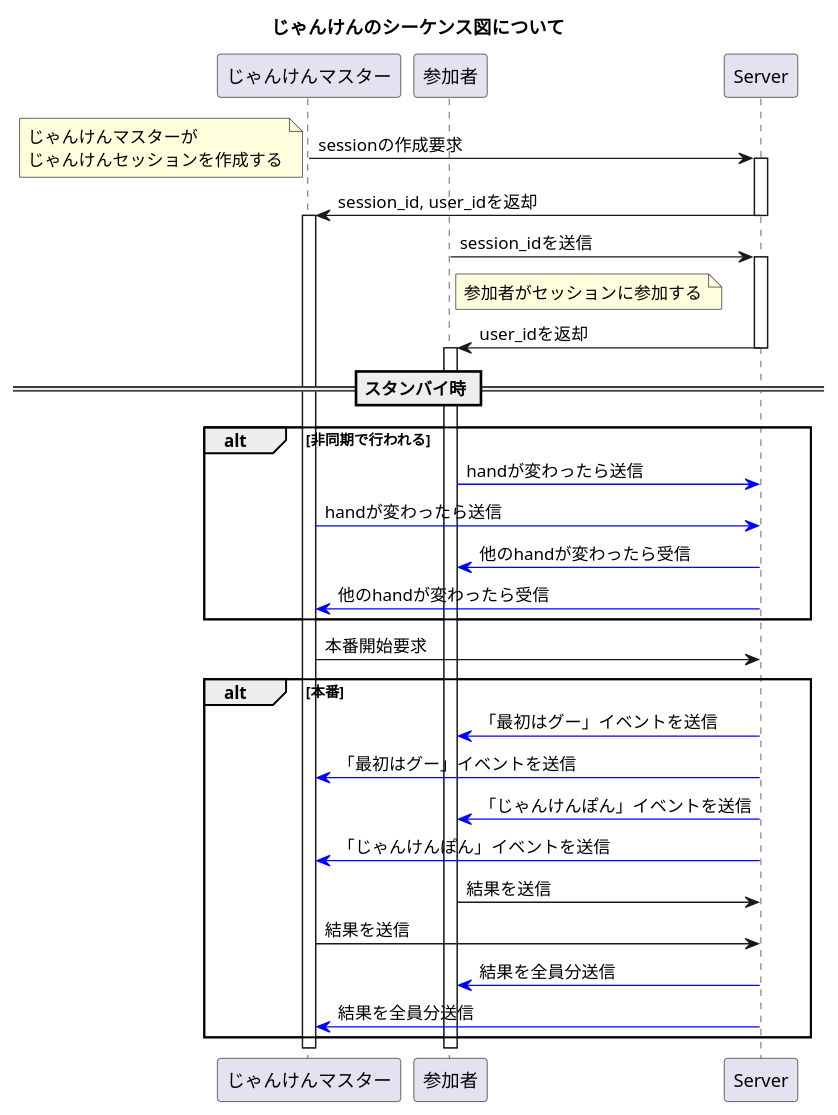
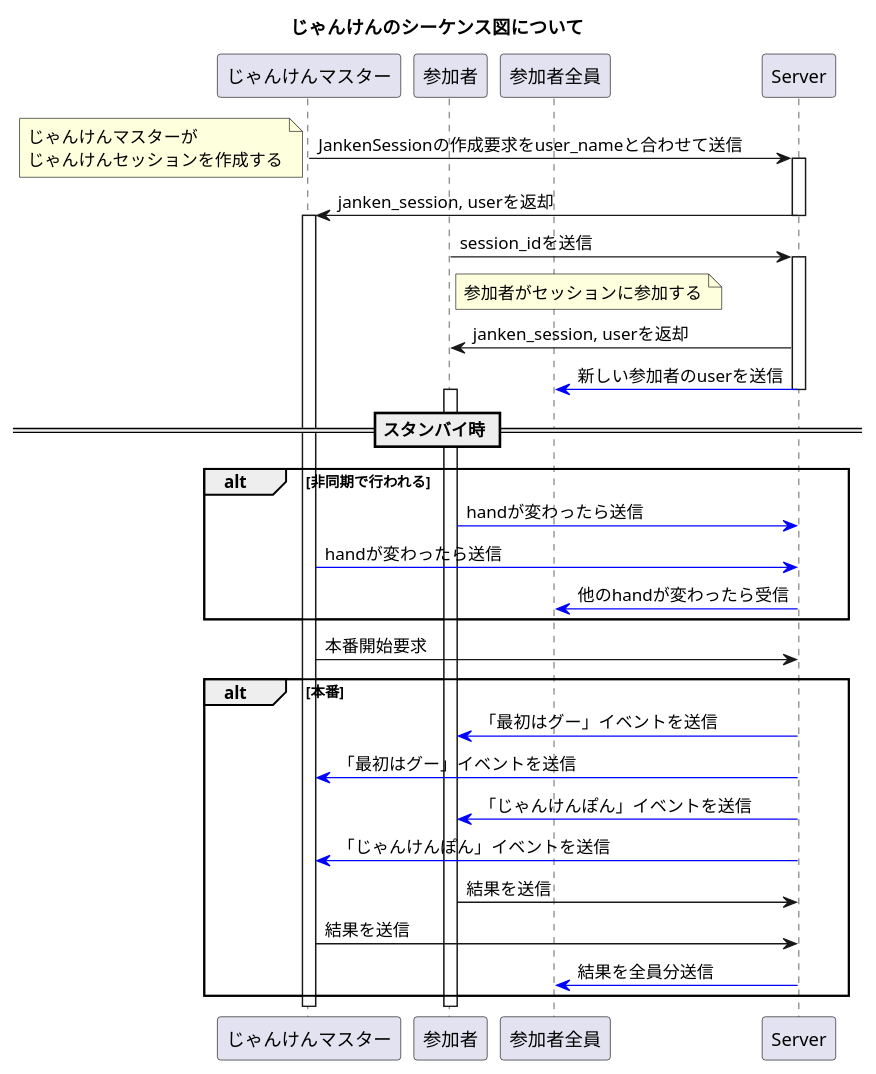
One commit to rkun123/Initial_is_Goo changed the diagram in sequence.puml. Above: the diagram before and after it, drawn with PlantUML. The commit also changed 1 other file, not shown here.

Commit message:
[update] sequence diagram

```diff
--- a/sequence.puml
+++ b/sequence.puml
@@ -1,43 +1,43 @@
 @startuml じゃんけんのシーケンス図について
 title じゃんけんのシーケンス図について
 participant じゃんけんマスター
 participant 参加者
+participant 参加者全員
 participant Server
 
-じゃんけんマスター -> Server: sessionの作成要求
+じゃんけんマスター -> Server: JankenSessionの作成要求をuser_nameと合わせて送信
 note left: じゃんけんマスターが\nじゃんけんセッションを作成する
 activate Server
-じゃんけんマスター <- Server: session_id, user_idを返却
+じゃんけんマスター <- Server: janken_session, userを返却
 deactivate Server
 activate じゃんけんマスター
 参加者 -> Server: session_idを送信
 note right of 参加者: 参加者がセッションに参加する
 activate Server
-参加者 <- Server: user_idを返却
+参加者 <- Server: janken_session, userを返却
+参加者全員 <[#blue]- Server: 新しい参加者のuserを送信
 deactivate Server
 activate 参加者
 
 == スタンバイ時 ==
 alt 非同期で行われる
     参加者 -[#blue]> Server: handが変わったら送信
     じゃんけんマスター -[#blue]> Server: handが変わったら送信
-    参加者 <[#blue]- Server: 他のhandが変わったら受信
-    じゃんけんマスター <[#blue]- Server: 他のhandが変わったら受信
+    参加者全員 <[#blue]- Server: 他のhandが変わったら受信
 end
 
 じゃんけんマスター -> Server: 本番開始要求
 
 alt 本番
     参加者 <[#blue]- Server: 「最初はグー」イベントを送信
     じゃんけんマスター <[#blue]- Server: 「最初はグー」イベントを送信
     参加者 <[#blue]- Server: 「じゃんけんぽん」イベントを送信
     じゃんけんマスター <[#blue]- Server: 「じゃんけんぽん」イベントを送信
     参加者 -> Server: 結果を送信
     じゃんけんマスター -> Server: 結果を送信
 
 
-    参加者 <[#blue]- Server: 結果を全員分送信
-    じゃんけんマスター <[#blue]- Server: 結果を全員分送信
+    参加者全員 <[#blue]- Server: 結果を全員分送信
 
 end
 @enduml
```
